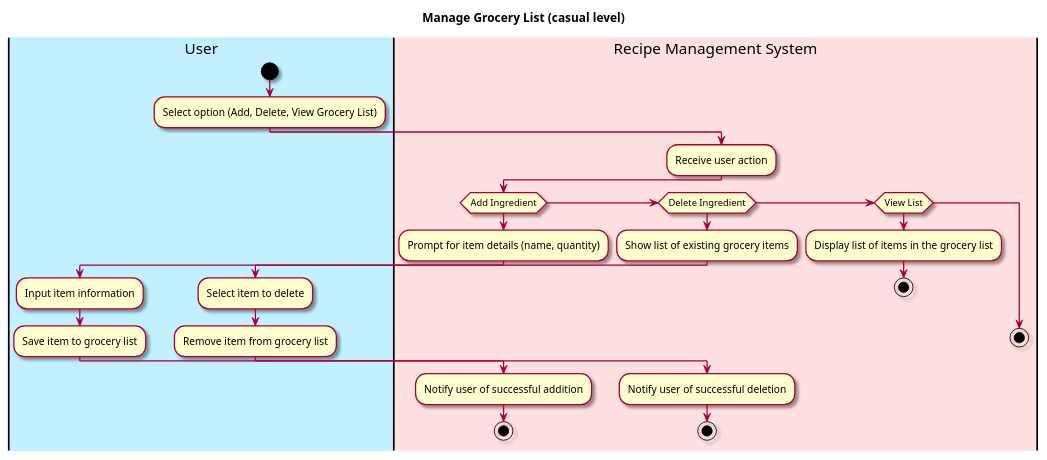
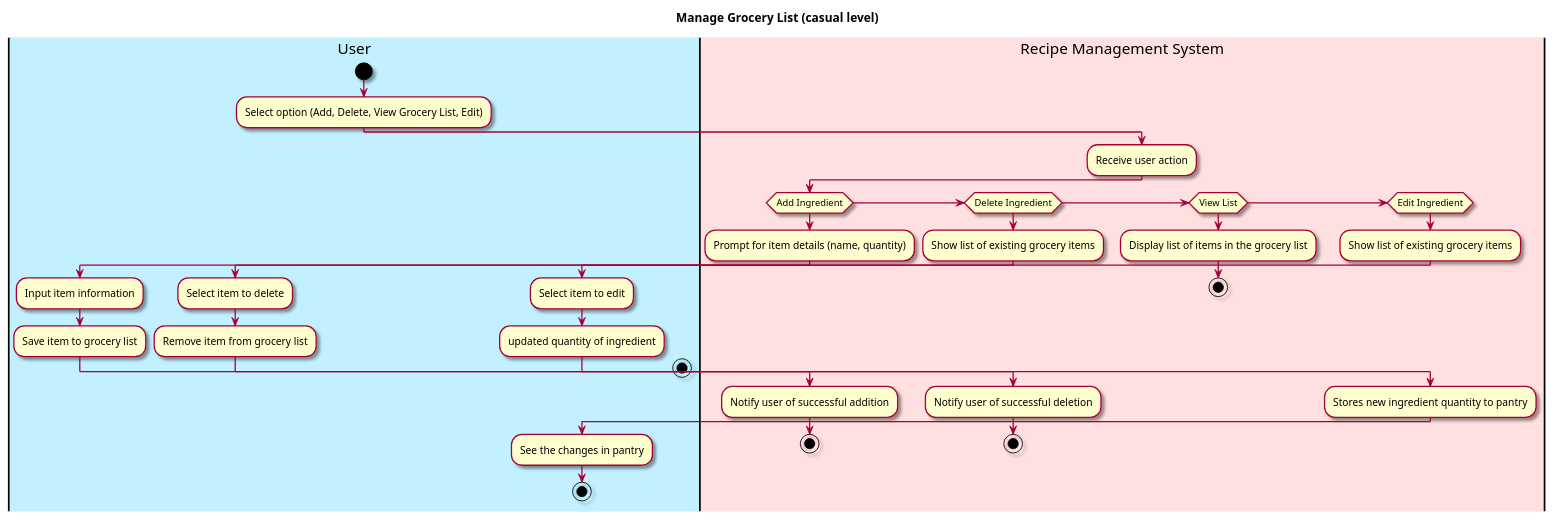
Before and after one commit to berthashipper/Pantry-Pal-Android-Application: the first of 4 diagrams in intellij/doc/use-cases/manage_grocery_list.md, drawn with PlantUML. The commit also changed other lines of this file, not shown here.

Commit message:
updated Sequence diagram for manage grocery list usecase

````diff
--- a/intellij/doc/use-cases/manage_grocery_list.md
+++ b/intellij/doc/use-cases/manage_grocery_list.md
@@ -28,45 +28,57 @@
 ```plantuml
 @startuml
 
 skin rose
 
 title Manage Grocery List (casual level)
 
 'define the lanes
 |#application|User|
 |#implementation|Recipe Management System|
 
 |User|
 start
-:Select option (Add, Delete, View Grocery List);
+:Select option (Add, Delete, View Grocery List, Edit);
 
 |Recipe Management System|
 :Receive user action;
 if (Add Ingredient)
 |Recipe Management System|
 :Prompt for item details (name, quantity);
 |User|
 :Input item information;
 :Save item to grocery list;
 |Recipe Management System|
 :Notify user of successful addition;
 stop
 
 elseif (Delete Ingredient)
 :Show list of existing grocery items;
 |User|
 :Select item to delete;
 :Remove item from grocery list;
 |Recipe Management System|
 :Notify user of successful deletion;
 stop
 
 elseif (View List)
 |Recipe Management System|
 :Display list of items in the grocery list;
 stop
 
+
+elseif (Edit Ingredient)
+:Show list of existing grocery items;
+|User|
+:Select item to edit;
+:updated quantity of ingredient;
+|Recipe Management System|
+:Stores new ingredient quantity to pantry;
+|User|
+:See the changes in pantry;
+stop
+
 else
 stop
 @enduml
 ```
````
